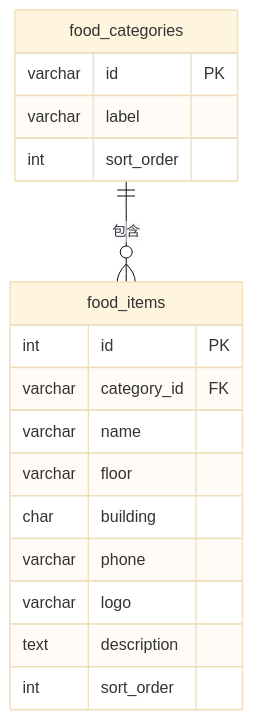
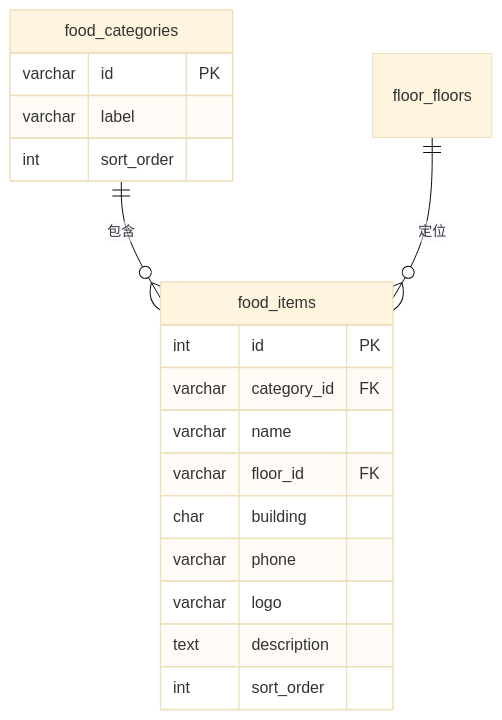
The fifth of 9 diagrams in docs/database-schema.md (faypo/ChungyoOffical), drawn with Mermaid (base theme) before and after one commit. The commit also changed other lines of this file and 936 other files, not shown here.

Commit message:
[doc]更新schema文件 更新data

````diff
--- a/docs/database-schema.md
+++ b/docs/database-schema.md
@@ -574,21 +610,22 @@
 ```mermaid
 erDiagram
   food_categories {
     varchar id PK
     varchar label
     int sort_order
   }
   food_items {
     int id PK
     varchar category_id FK
     varchar name
-    varchar floor
+    varchar floor_id FK
     char building
     varchar phone
     varchar logo
     text description
     int sort_order
   }
 
-  food_categories ||--o{ food_items : "包含"
+  food_categories ||--o{ food_items  : "包含"
+  floor_floors    ||--o{ food_items  : "定位"
 ```
````
